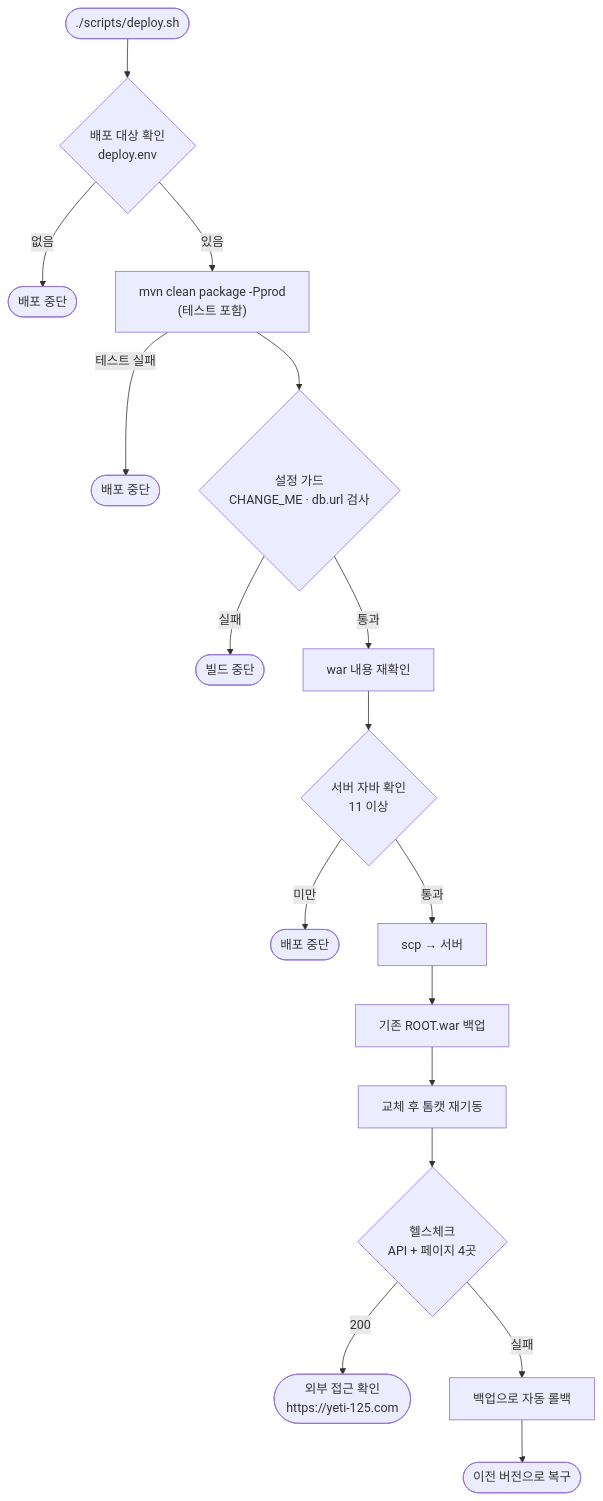
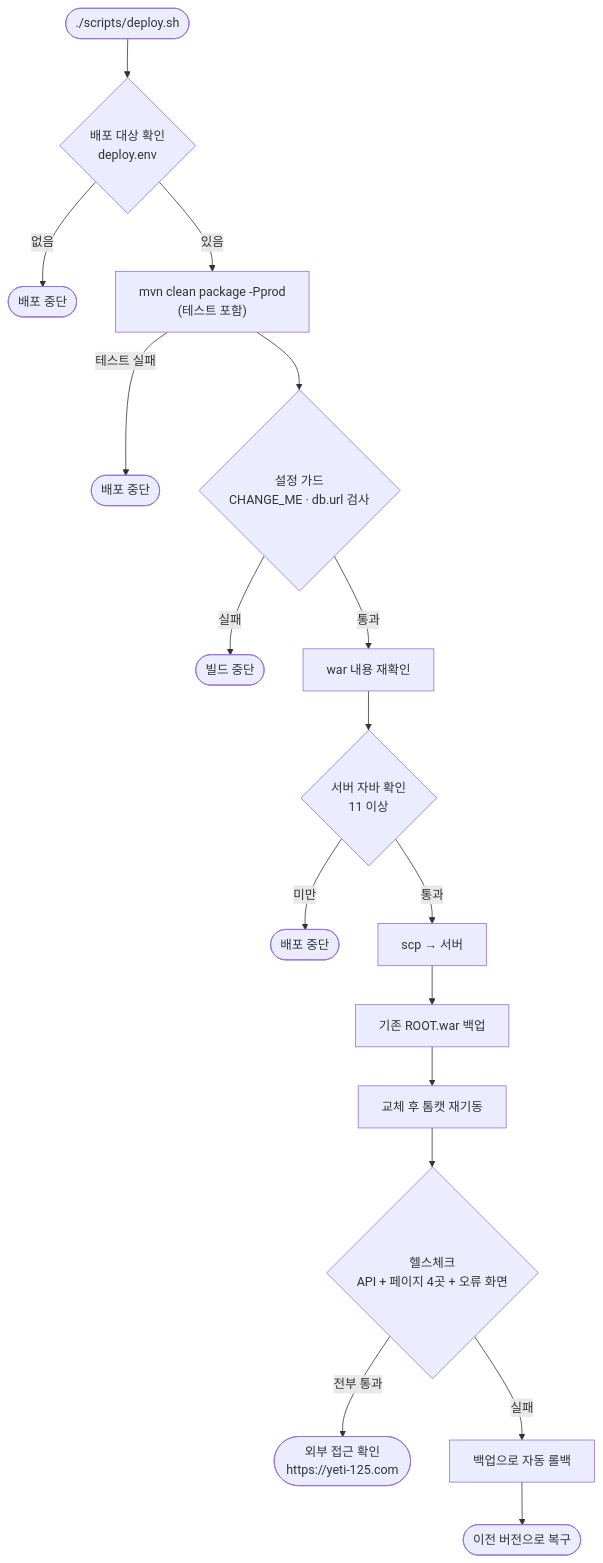
Before and after one commit to sooindev/YETI-125: the fifth of 6 diagrams in README.md, drawn with Mermaid. The commit also changed other lines of this file and 1 other file, not shown here.

````diff
--- a/README.md
+++ b/README.md
@@ -527,19 +532,19 @@
 ```mermaid
 flowchart TD
     A(["./scripts/deploy.sh"]) --> T{"배포 대상 확인\ndeploy.env"}
     T -->|없음| Z2(["배포 중단"])
     T -->|있음| B["mvn clean package -Pprod\n(테스트 포함)"]
     B -->|테스트 실패| Z3(["배포 중단"])
     B --> C{"설정 가드\nCHANGE_ME · db.url 검사"}
     C -->|실패| X(["빌드 중단"])
     C -->|통과| D["war 내용 재확인"]
     D --> J{"서버 자바 확인\n11 이상"}
     J -->|미만| Z(["배포 중단"])
     J -->|통과| E["scp → 서버"]
     E --> F["기존 ROOT.war 백업"]
     F --> G["교체 후 톰캣 재기동"]
-    G --> H{"헬스체크\nAPI + 페이지 4곳"}
-    H -->|200| I(["외부 접근 확인\nhttps://yeti-125.com"])
+    G --> H{"헬스체크\nAPI + 페이지 4곳 + 오류 화면"}
+    H -->|전부 통과| I(["외부 접근 확인\nhttps://yeti-125.com"])
     H -->|실패| R["백업으로 자동 롤백"]
     R --> Y(["이전 버전으로 복구"])
 ```
````
